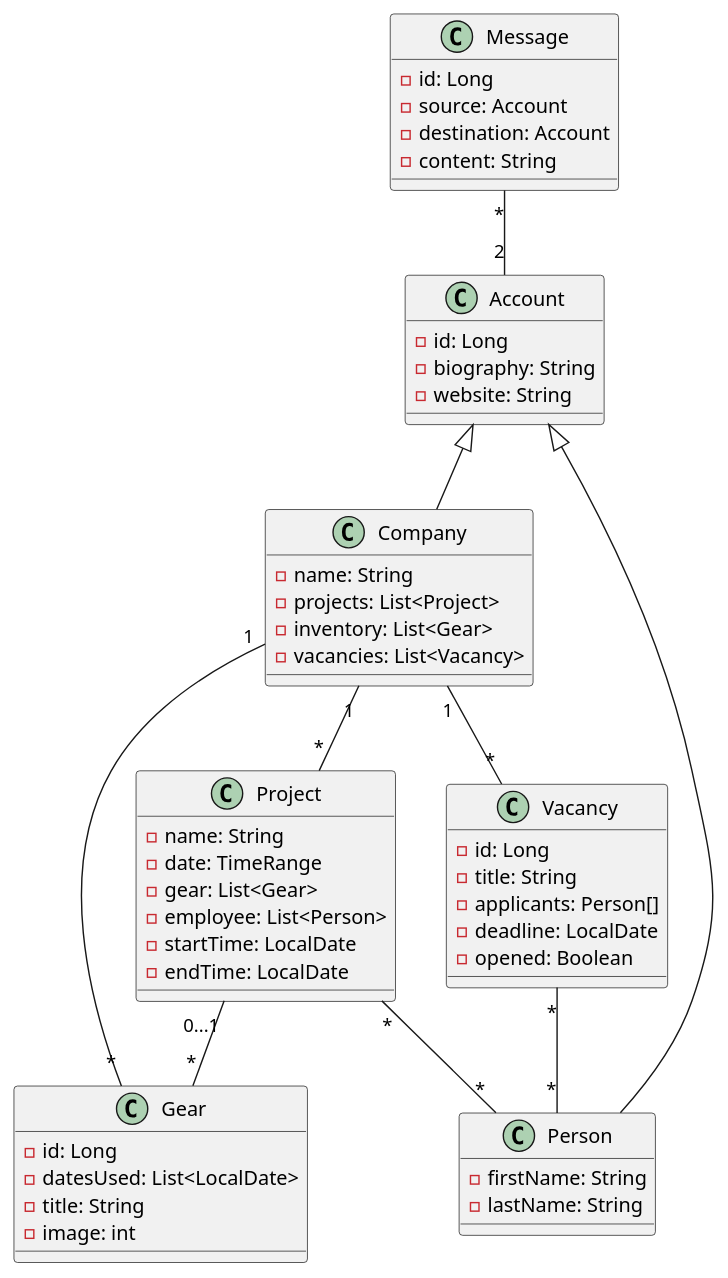
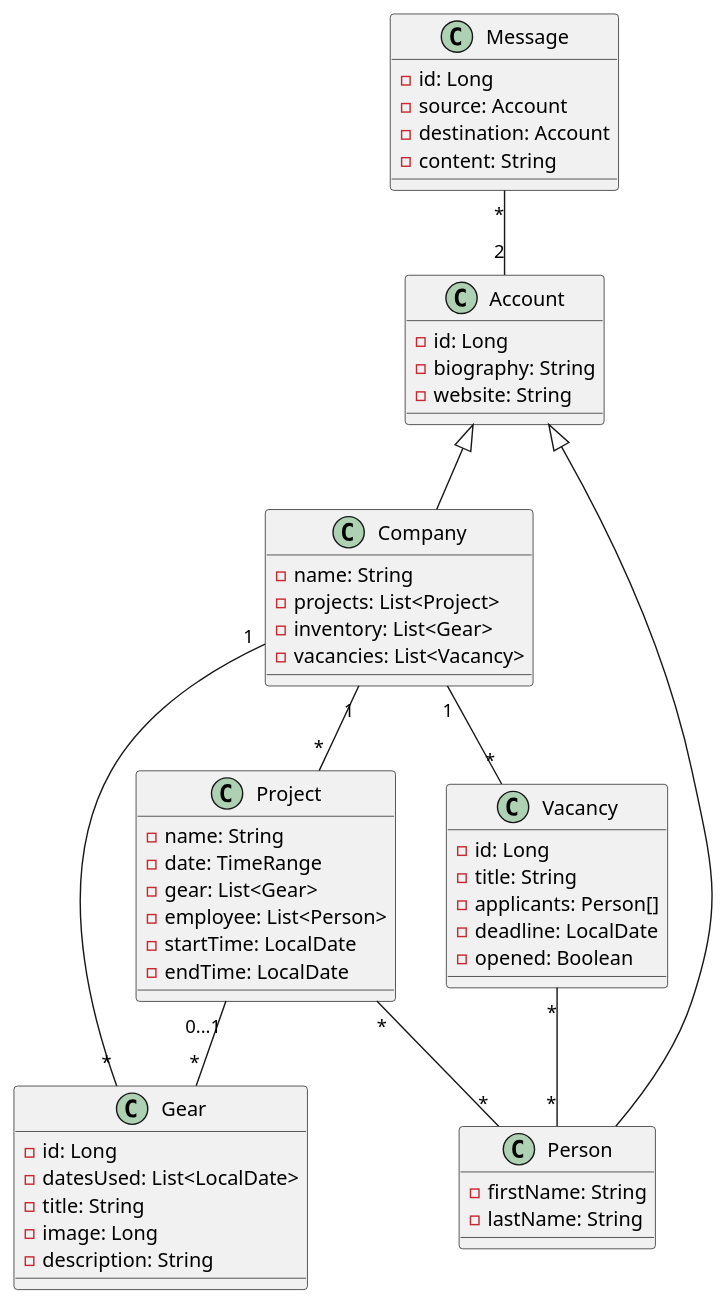
One commit to DirectorsView/documentation changed the diagram in cld/cld.puml. Above: the diagram before and after it, drawn with PlantUML.

Commit message:
#11 add field description to gear

```diff
--- a/cld/cld.puml
+++ b/cld/cld.puml
@@ -1,62 +1,63 @@
 @startuml
 
 class Account {
 - id: Long
 - biography: String
 - website: String
 }
 
 class Company {
 - name: String
 - projects: List<Project>
 - inventory: List<Gear>
 - vacancies: List<Vacancy>
 }
 
 class Project {
 - name: String
 - date: TimeRange
 - gear: List<Gear>
 - employee: List<Person>
 - startTime: LocalDate
 - endTime: LocalDate
 }
 
 class Gear {
 - id: Long
 - datesUsed: List<LocalDate>
 - title: String
-- image: int
+- image: Long
+- description: String
 }
 
 class Person {
 - firstName: String
 - lastName: String
 }
 
 class Vacancy {
 - id: Long
 - title: String
 - applicants: Person[]
 - deadline: LocalDate
 - opened: Boolean
 }
 
 class Message {
 - id: Long
 - source: Account
 - destination: Account
 - content: String
 }
 
 Account <|-- Company
 Account <|-- Person
 Company "1" -- "*" Project
 Company "1" -- "*" Vacancy
 Vacancy "*" -- "*"Person
 Message "*" -- "2" Account
 Project "0...1" -- "*" Gear
 Gear "*" -- "1" Company
 Project "*" -- "*" Person
 
 @enduml
```
